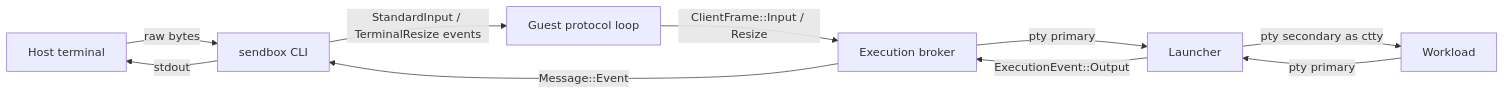
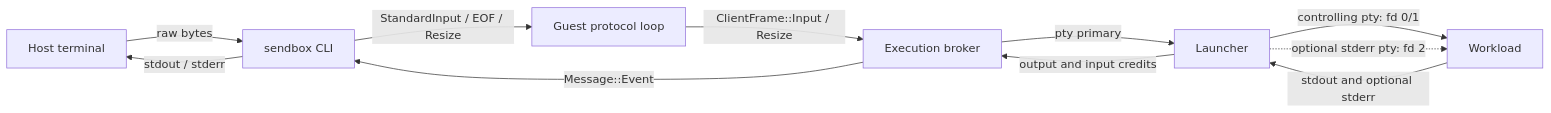
One commit to mbianchidev/sendbox changed the diagram in docs/architecture/interactive-terminal.md. Above: the diagram before and after it, drawn with Mermaid. The commit also changed other lines of this file and 3 other files, not shown here.

First line of the commit message:
docs: describe flow-controlled interactive terminals

````diff
--- a/docs/architecture/interactive-terminal.md
+++ b/docs/architecture/interactive-terminal.md
@@ -20,12 +21,13 @@
 ```mermaid
 flowchart LR
     K[Host terminal] -->|raw bytes| C[sendbox CLI]
-    C -->|StandardInput / TerminalResize events| G[Guest protocol loop]
+    C -->|StandardInput / EOF / Resize| G[Guest protocol loop]
     G -->|ClientFrame::Input / Resize| B[Execution broker]
     B -->|pty primary| L[Launcher]
-    L -->|pty secondary as ctty| W[Workload]
-    W -->|pty primary| L
-    L -->|ExecutionEvent::Output| B
+    L -->|controlling pty: fd 0/1| W[Workload]
+    L -.->|optional stderr pty: fd 2| W
+    W -->|stdout and optional stderr| L
+    L -->|output and input credits| B
     B -->|Message::Event| C
-    C -->|stdout| K
+    C -->|stdout / stderr| K
 ```
````
